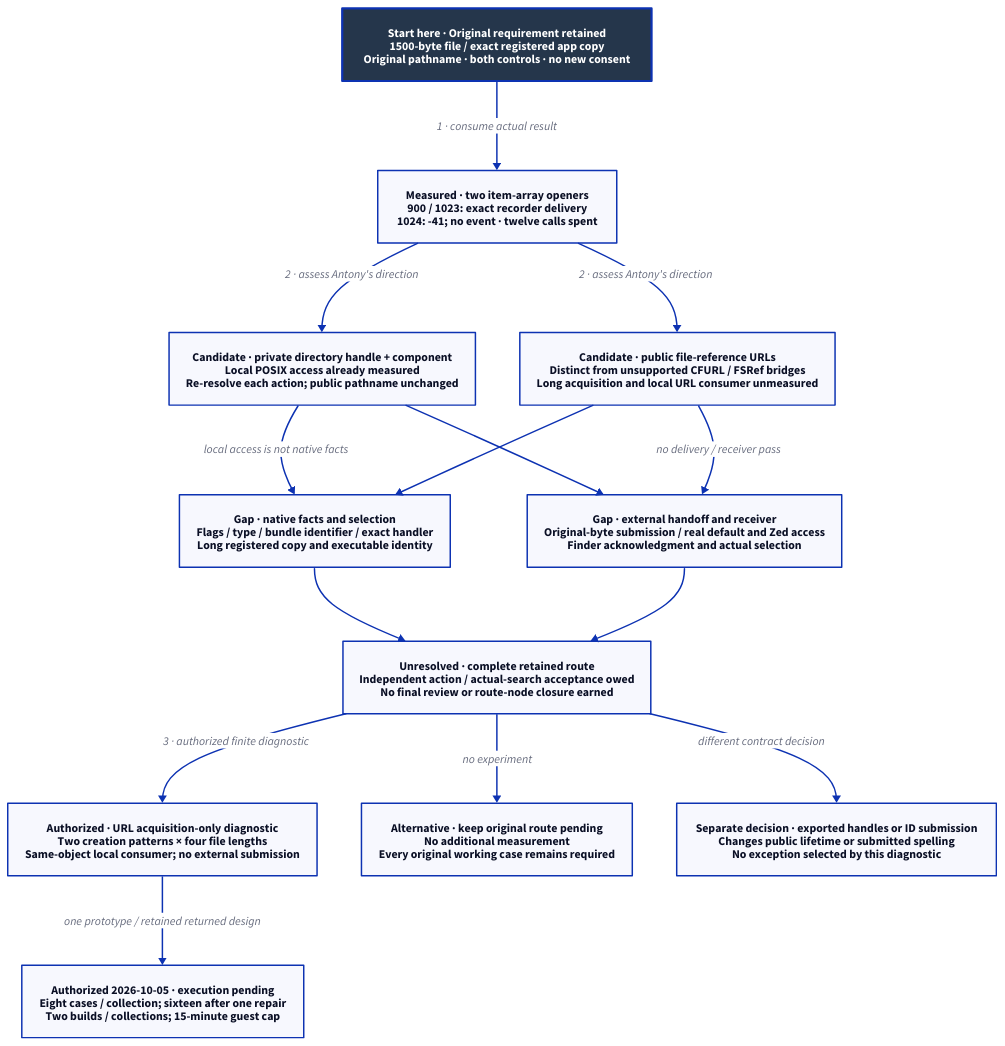
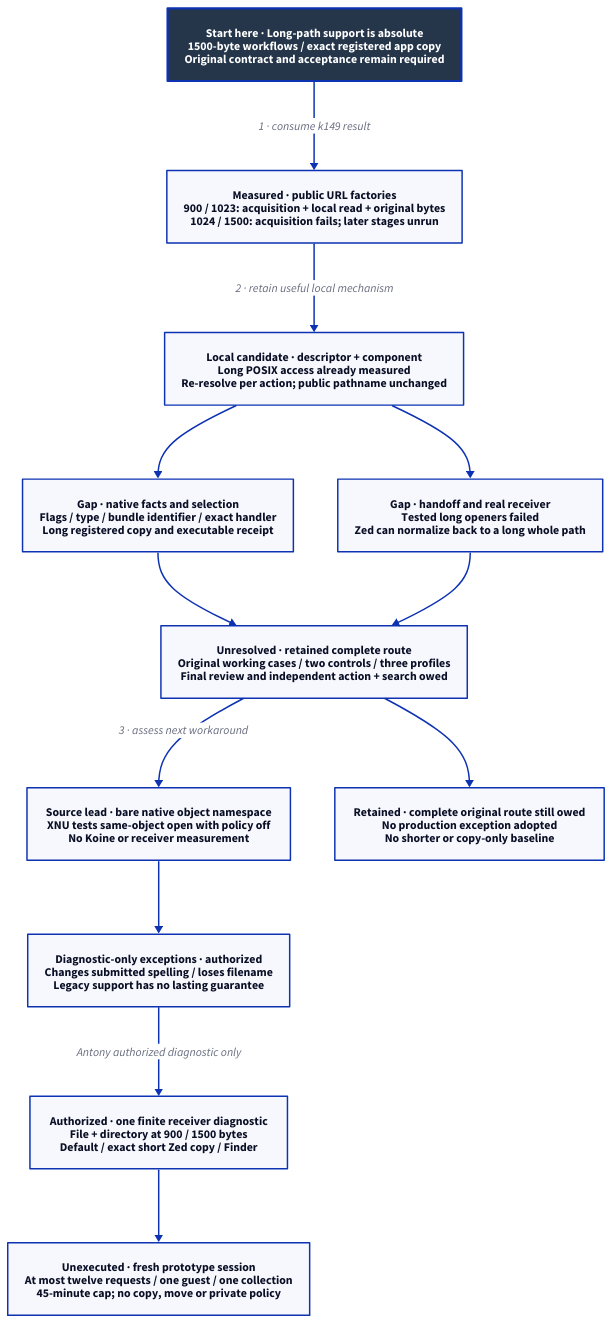
Before and after one commit to Linkuistics/Koine: the diagram in docs/design/architecture/workspace-route-candidates.d2, drawn with D2. The commit also changed 17 other files, not shown here.

First line of the commit message:
Hand off authorized native same-object diagnostic (same-object-namespace-k151)

```diff
--- a/docs/design/architecture/workspace-route-candidates.d2
+++ b/docs/design/architecture/workspace-route-candidates.d2
@@ -1,29 +1,27 @@
-# Returned item-array result and representation candidates; no new native run.
+# Returned URL result and authorized bare-object namespace diagnostic.
 direction: down
 classes: {
   start: {style: {fill: "#25364B"; font-color: "#FFFFFF"; bold: true; stroke-width: 3}}
 }
-Contract: "Start here · Original requirement retained\n1500-byte file / exact registered app copy\nOriginal pathname · both controls · no new consent" {class: start}
-Evidence: "Measured · two item-array openers\n900 / 1023: exact recorder delivery\n1024: -41; no event · twelve calls spent"
-Relative: "Candidate · private directory handle + component\nLocal POSIX access already measured\nRe-resolve each action; public pathname unchanged"
-References: "Candidate · public file-reference URLs\nDistinct from unsupported CFURL / FSRef bridges\nLong acquisition and local URL consumer unmeasured"
-Facts: "Gap · native facts and selection\nFlags / type / bundle identifier / exact handler\nLong registered copy and executable identity"
-External: "Gap · external handoff and receiver\nOriginal-byte submission / real default and Zed access\nFinder acknowledgment and actual selection"
-Pending: "Unresolved · complete retained route\nIndependent action / actual-search acceptance owed\nNo final review or route-node closure earned"
-Proposal: "Authorized · URL acquisition-only diagnostic\nTwo creation patterns × four file lengths\nSame-object local consumer; no external submission"
-Bounds: "Authorized 2026-10-05 · execution pending\nEight cases / collection; sixteen after one repair\nTwo builds / collections; 15-minute guest cap"
-Hold: "Alternative · keep original route pending\nNo additional measurement\nEvery original working case remains required"
-Exception: "Separate decision · exported handles or ID submission\nChanges public lifetime or submitted spelling\nNo exception selected by this diagnostic"
-Contract -> Evidence: "1 · consume actual result"
-Evidence -> Relative: "2 · assess Antony's direction"
-Evidence -> References: "2 · assess Antony's direction"
-Relative -> Facts: "local access is not native facts"
-Relative -> External
-References -> Facts
-References -> External: "no delivery / receiver pass"
-Facts -> Pending
-External -> Pending
-Pending -> Proposal: "3 · authorized finite diagnostic"
-Proposal -> Bounds: "one prototype / retained returned design"
-Pending -> Hold: "no experiment"
-Pending -> Exception: "different contract decision"
+Contract: "Start here · Long-path support is absolute\n1500-byte workflows / exact registered app copy\nOriginal contract and acceptance remain required" {class: start}
+Evidence: "Measured · public URL factories\n900 / 1023: acquisition + local read + original bytes\n1024 / 1500: acquisition fails; later stages unrun"
+Relative: "Local candidate · descriptor + component\nLong POSIX access already measured\nRe-resolve per action; public pathname unchanged"
+Native: "Gap · native facts and selection\nFlags / type / bundle identifier / exact handler\nLong registered copy and executable receipt"
+Receiver: "Gap · handoff and real receiver\nTested long openers failed\nZed can normalize back to a long whole path"
+Pending: "Unresolved · retained complete route\nOriginal working cases / two controls / three profiles\nFinal review and independent action + search owed"
+Lead: "Source lead · bare native object namespace\nXNU tests same-object open with policy off\nNo Koine or receiver measurement"
+Limits: "Diagnostic-only exceptions · authorized\nChanges submitted spelling / loses filename\nLegacy support has no lasting guarantee"
+Proposal: "Authorized · one finite receiver diagnostic\nFile + directory at 900 / 1500 bytes\nDefault / exact short Zed copy / Finder"
+Bounds: "Unexecuted · fresh prototype session\nAt most twelve requests / one guest / one collection\n45-minute cap; no copy, move or private policy"
+Hold: "Retained · complete original route still owed\nNo production exception adopted\nNo shorter or copy-only baseline"
+Contract -> Evidence: "1 · consume k149 result"
+Evidence -> Relative: "2 · retain useful local mechanism"
+Relative -> Native
+Relative -> Receiver
+Native -> Pending
+Receiver -> Pending
+Pending -> Lead: "3 · assess next workaround"
+Lead -> Limits
+Limits -> Proposal: "Antony authorized diagnostic only"
+Proposal -> Bounds
+Pending -> Hold
```
